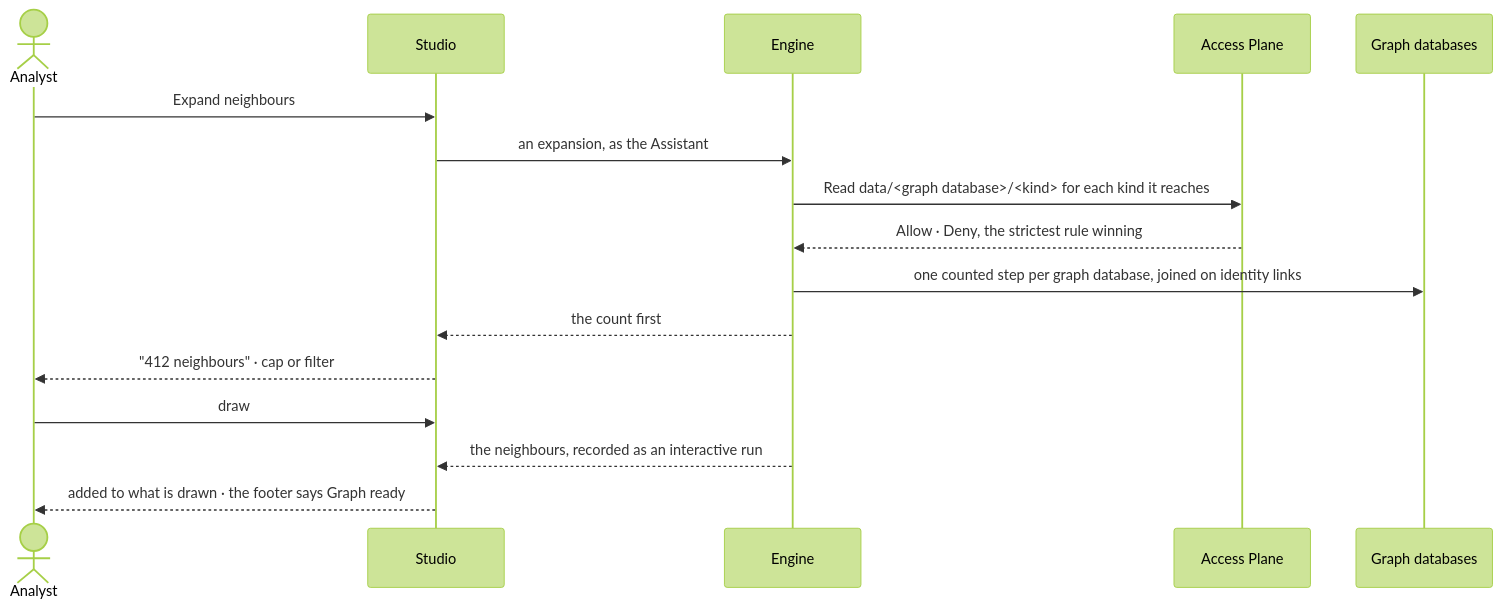
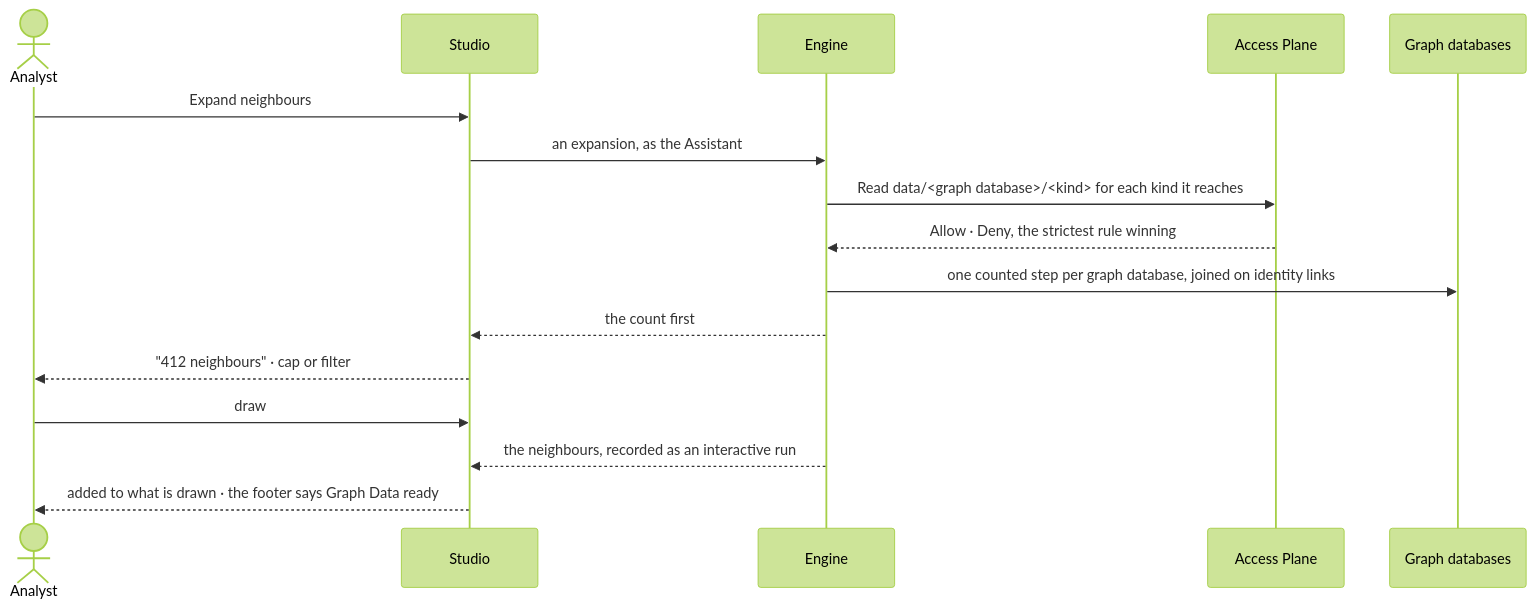
Before and after one commit to invana/invana: the second of 2 diagrams in specs/capabilities/explore/features/EX-F01-the-board-and-its-canvas/feature.md, drawn with Mermaid (forest theme). The commit also changed other lines of this file and 69 other files, not shown here.

First line of the commit message:
feat(specs): retire Graph as an object — Graph Data is the screen word

````diff
--- a/specs/capabilities/explore/features/EX-F01-the-board-and-its-canvas/feature.md
+++ b/specs/capabilities/explore/features/EX-F01-the-board-and-its-canvas/feature.md
@@ -50,18 +50,18 @@
 ```mermaid
 sequenceDiagram
   actor P as Analyst
   participant S as Studio
   participant E as Engine
   participant X as Access Plane
   participant G as Graph databases
   P->>S: Expand neighbours
   S->>E: an expansion, as the Assistant
   E->>X: Read data/<graph database>/<kind> for each kind it reaches
   X-->>E: Allow · Deny, the strictest rule winning
   E->>G: one counted step per graph database, joined on identity links
   E-->>S: the count first
   S-->>P: "412 neighbours" · cap or filter
   P->>S: draw
   E-->>S: the neighbours, recorded as an interactive run
-  S-->>P: added to what is drawn · the footer says Graph ready
+  S-->>P: added to what is drawn · the footer says Graph Data ready
 ```
````
